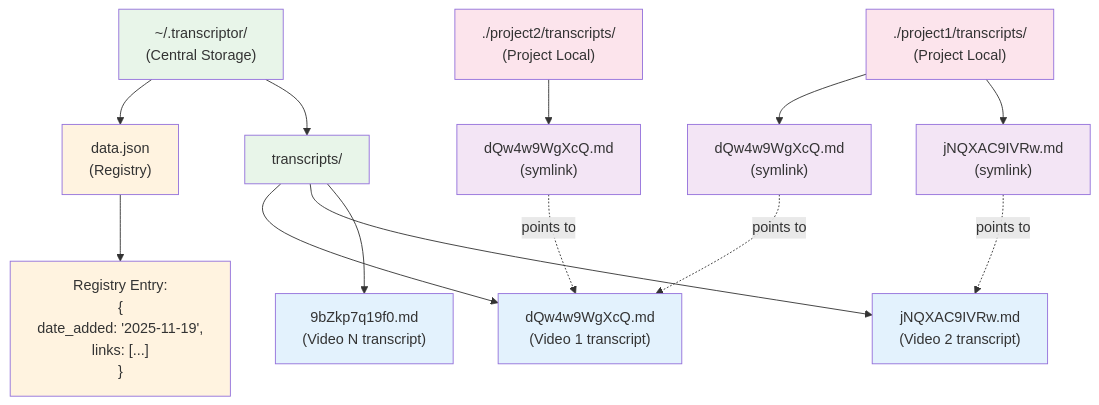
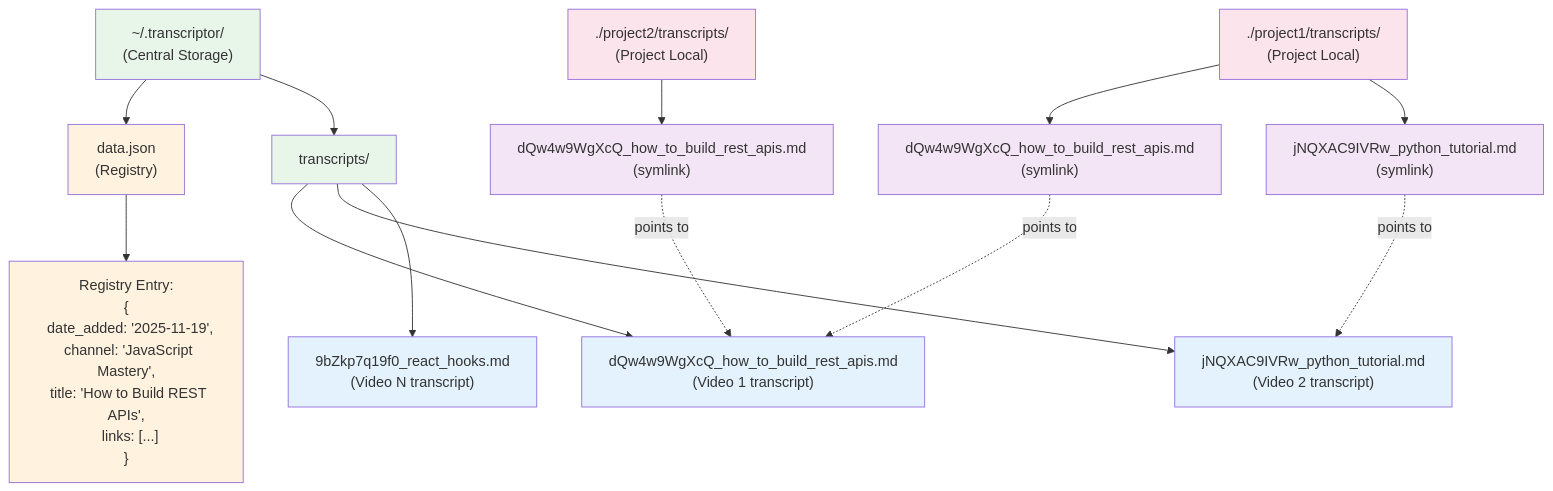
The third of 3 diagrams in docs/ARCHITECTURE.md (michaellinhardt/nodejs-youtube-transcriptor), drawn with Mermaid before and after one commit. The commit also changed other lines of this file and 20 other files, not shown here.

````diff
--- a/docs/ARCHITECTURE.md
+++ b/docs/ARCHITECTURE.md
@@ -442,33 +521,33 @@
 ```mermaid
 graph TD
     A["~/.transcriptor/<br/>(Central Storage)"] --> B["data.json<br/>(Registry)"]
     A --> C["transcripts/"]
 
-    C --> C1["dQw4w9WgXcQ.md<br/>(Video 1 transcript)"]
-    C --> C2["jNQXAC9IVRw.md<br/>(Video 2 transcript)"]
-    C --> C3["9bZkp7q19f0.md<br/>(Video N transcript)"]
+    C --> C1["dQw4w9WgXcQ_how_to_build_rest_apis.md<br/>(Video 1 transcript)"]
+    C --> C2["jNQXAC9IVRw_python_tutorial.md<br/>(Video 2 transcript)"]
+    C --> C3["9bZkp7q19f0_react_hooks.md<br/>(Video N transcript)"]
 
-    D["./project1/transcripts/<br/>(Project Local)"] --> D1["dQw4w9WgXcQ.md<br/>(symlink)"]
-    D --> D2["jNQXAC9IVRw.md<br/>(symlink)"]
+    D["./project1/transcripts/<br/>(Project Local)"] --> D1["dQw4w9WgXcQ_how_to_build_rest_apis.md<br/>(symlink)"]
+    D --> D2["jNQXAC9IVRw_python_tutorial.md<br/>(symlink)"]
 
-    E["./project2/transcripts/<br/>(Project Local)"] --> E1["dQw4w9WgXcQ.md<br/>(symlink)"]
+    E["./project2/transcripts/<br/>(Project Local)"] --> E1["dQw4w9WgXcQ_how_to_build_rest_apis.md<br/>(symlink)"]
 
     D1 -.->|"points to"| C1
     D2 -.->|"points to"| C2
     E1 -.->|"points to"| C1
 
-    B --> F["Registry Entry:<br/>{<br/>  date_added: '2025-11-19',<br/>  links: [...]<br/>}"]
+    B --> F["Registry Entry:<br/>{<br/>  date_added: '2025-11-19',<br/>  channel: 'JavaScript Mastery',<br/>  title: 'How to Build REST APIs',<br/>  links: [...]<br/>}"]
 
     style A fill:#e8f5e9
     style B fill:#fff3e0
     style C fill:#e8f5e9
     style C1 fill:#e3f2fd
     style C2 fill:#e3f2fd
     style C3 fill:#e3f2fd
     style D fill:#fce4ec
     style E fill:#fce4ec
     style D1 fill:#f3e5f5
     style D2 fill:#f3e5f5
     style E1 fill:#f3e5f5
     style F fill:#fff3e0
 ```
````
